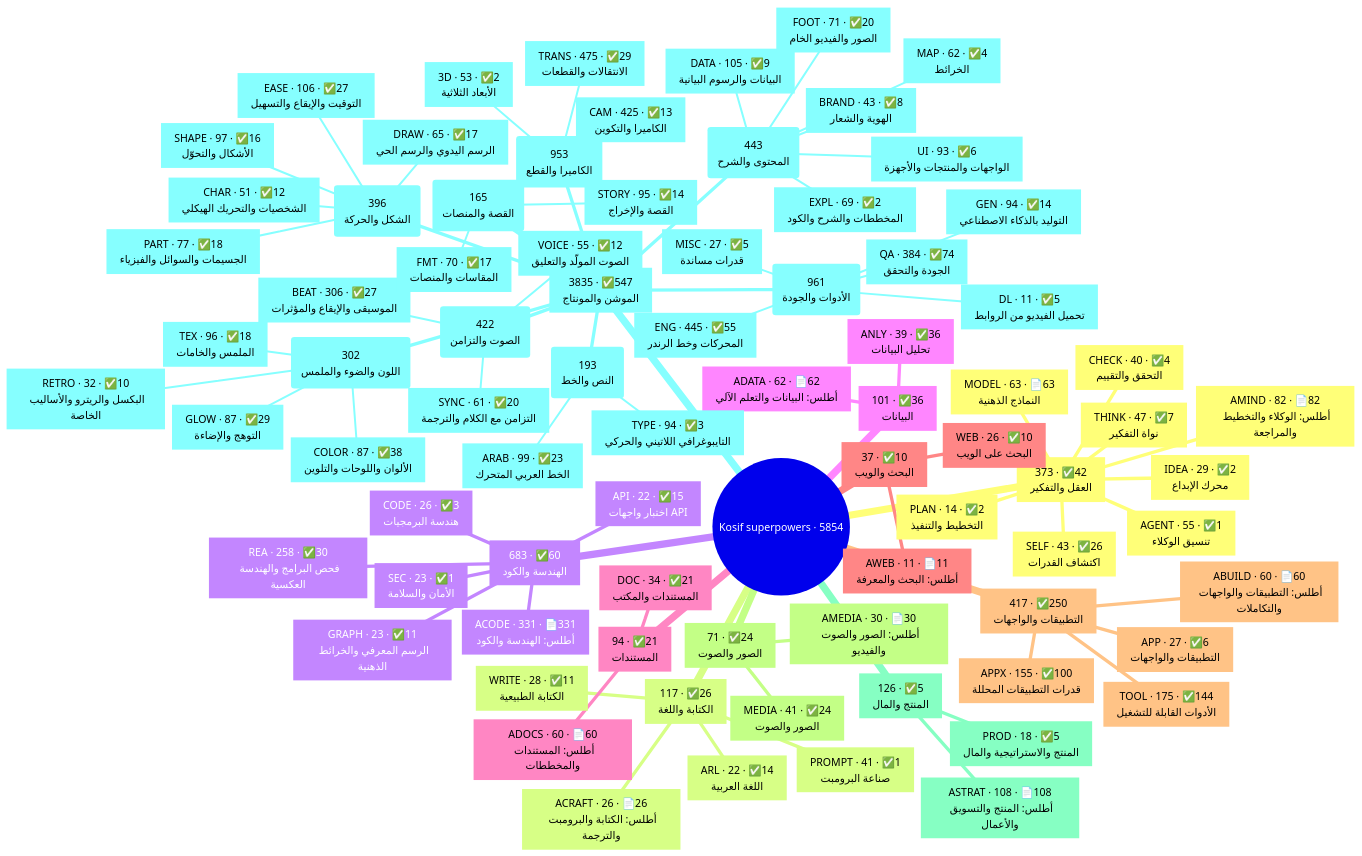
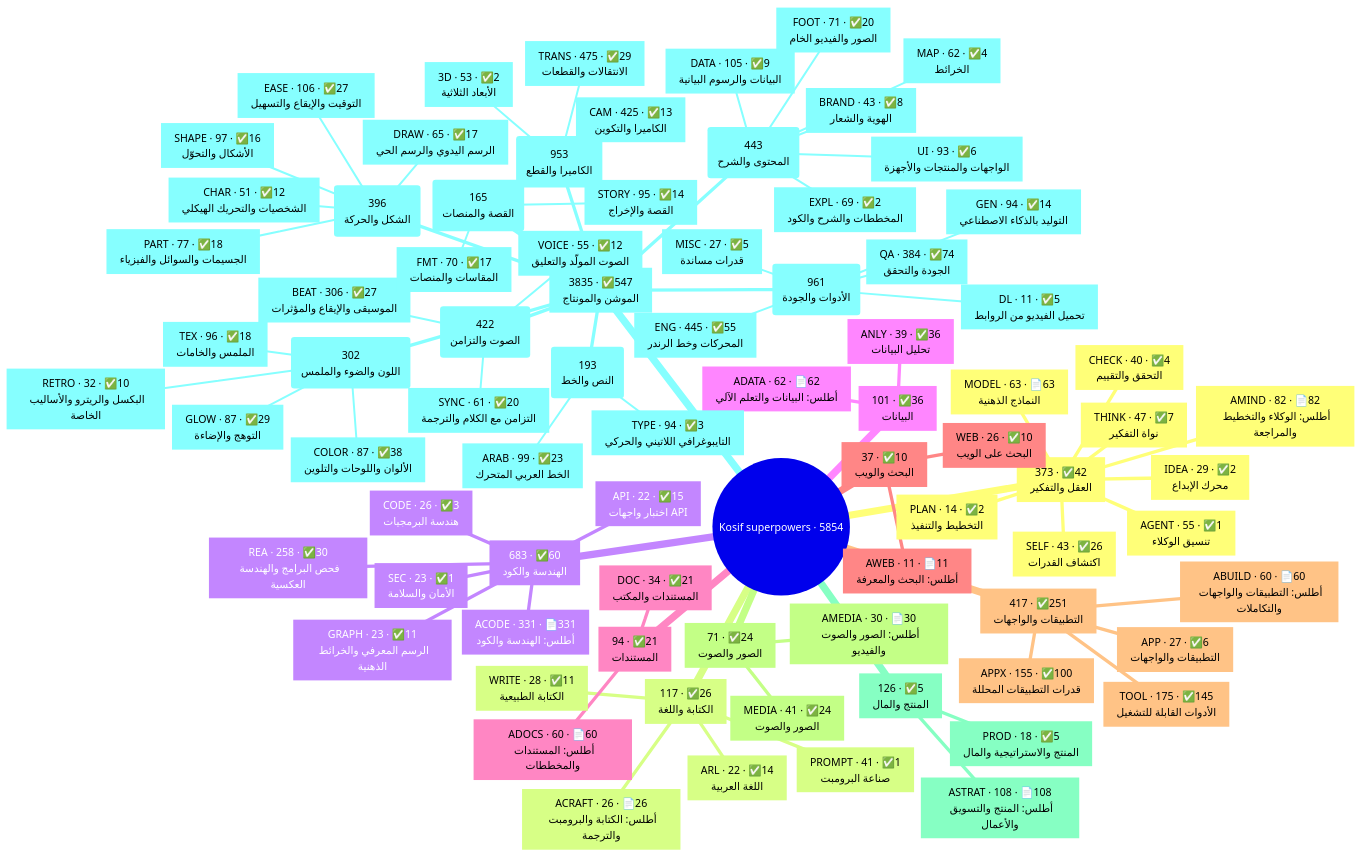
The first of 2 diagrams in .claude/skills/kosif-superpowers/references/capability-map.md (kosif199022-jpg/kosif-tool), drawn with Mermaid before and after one commit. The commit also changed 52 other files, not shown here.

```diff
--- a/.claude/skills/kosif-superpowers/references/capability-map.md
+++ b/.claude/skills/kosif-superpowers/references/capability-map.md
@@ -78,9 +78,9 @@
 البحث على الويب`"]
       n30["`AWEB · 11 · 📄11
 أطلس: البحث والمعرفة`"]
-    n31["`417 · ✅250
+    n31["`417 · ✅251
 التطبيقات والواجهات`"]
-      n32["`TOOL · 175 · ✅144
+      n32["`TOOL · 175 · ✅145
 الأدوات القابلة للتشغيل`"]
       n33["`APPX · 155 · ✅100
 قدرات التطبيقات المحللة`"]
```
